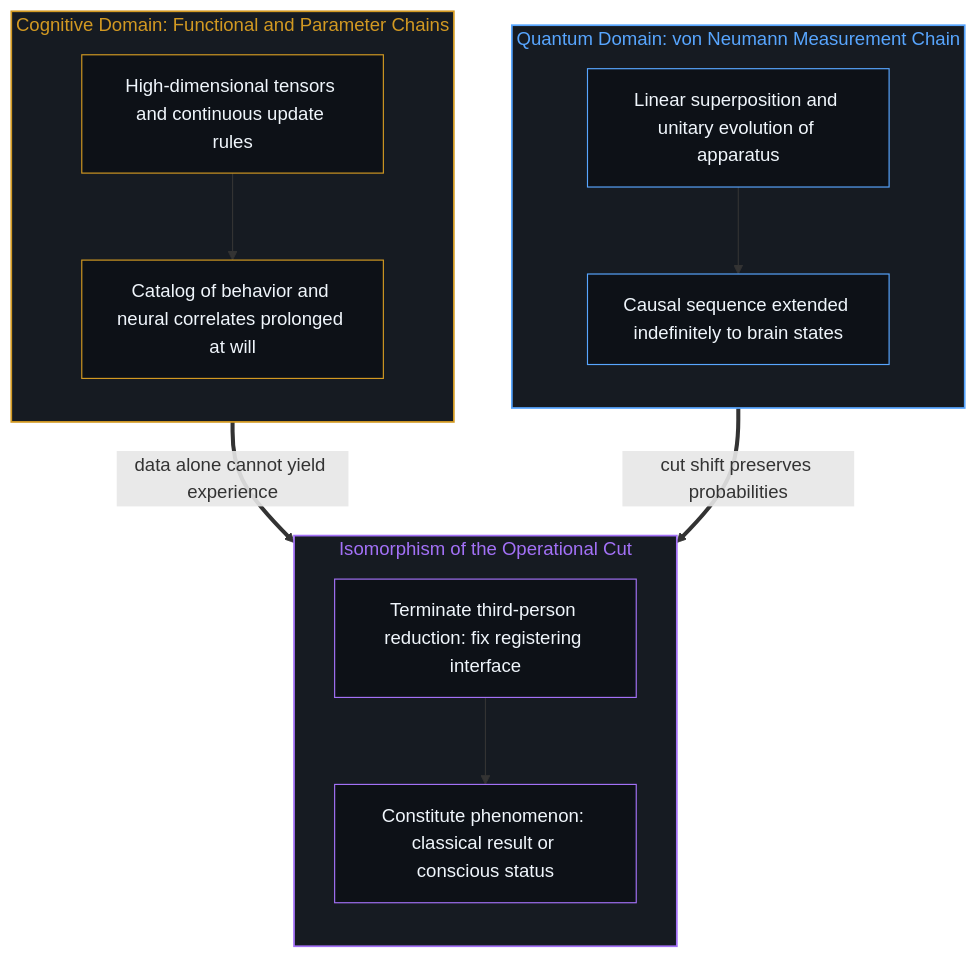
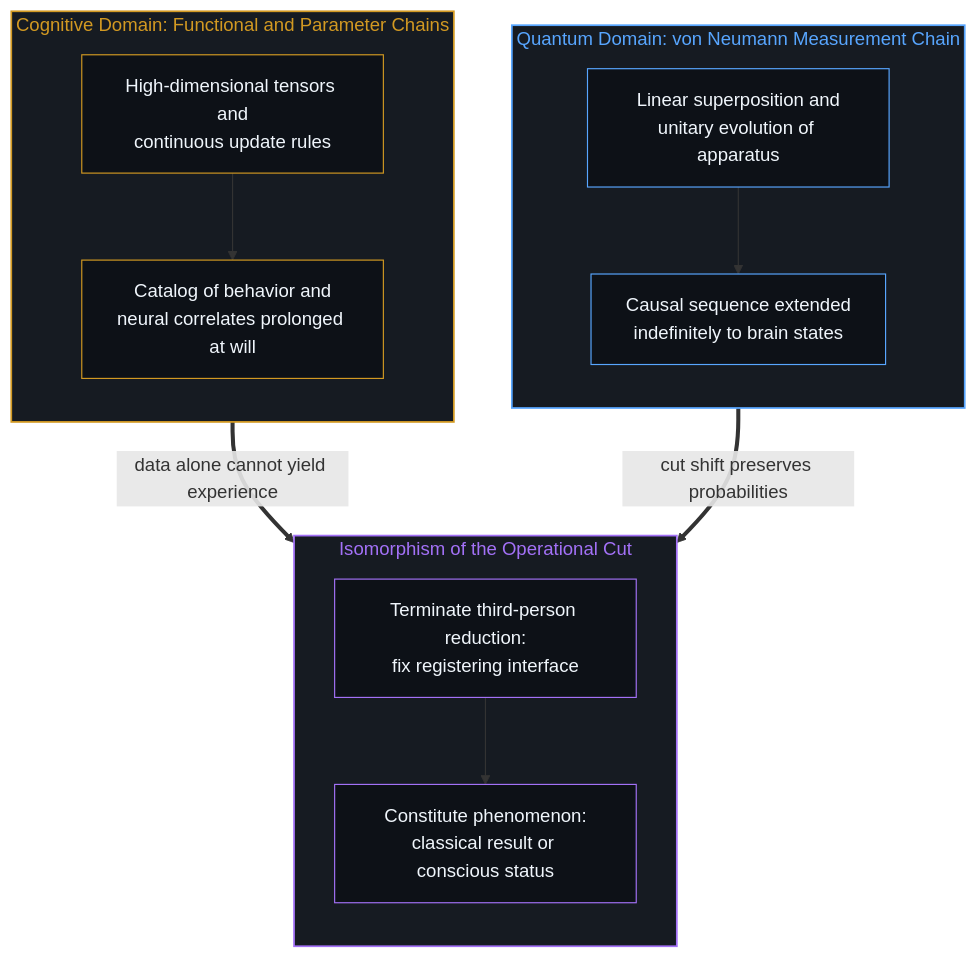
Before and after one commit to powerpig99/not-a-toe: the fourth of 8 diagrams in content/posts/consciousness-ascription-and-the-quantum-cut.md, drawn with Mermaid. The commit also changed other lines of this file and 2 other files, not shown here.

````diff
--- a/content/posts/consciousness-ascription-and-the-quantum-cut.md
+++ b/content/posts/consciousness-ascription-and-the-quantum-cut.md
@@ -121,35 +121,35 @@
 ```mermaid
 flowchart TD
     subgraph S_QUANTUM_EN ["Quantum Domain: von Neumann Measurement Chain"]
         direction TB
         style S_QUANTUM_EN fill:#161b22,stroke:#58a6ff,stroke-width:1.5px,color:#58a6ff
-        Q_Super["Linear superposition and unitary evolution of apparatus"]
-        Q_Chain["Causal sequence extended indefinitely to brain states"]
+        Q_Super["Linear superposition and<br/>unitary evolution of apparatus"]
+        Q_Chain["Causal sequence extended<br/>indefinitely to brain states"]
         Q_Super --> Q_Chain
         style Q_Super fill:#0d1117,stroke:#58a6ff,stroke-width:1px,color:#f0f6fc
         style Q_Chain fill:#0d1117,stroke:#58a6ff,stroke-width:1px,color:#f0f6fc
     end
 
     subgraph S_COGNITION_EN ["Cognitive Domain: Functional and Parameter Chains"]
         direction TB
         style S_COGNITION_EN fill:#161b22,stroke:#d29922,stroke-width:1.5px,color:#d29922
-        M_Weights["High-dimensional tensors and continuous update rules"]
-        M_Chain["Catalog of behavior and neural correlates prolonged at will"]
+        M_Weights["High-dimensional tensors and<br/>continuous update rules"]
+        M_Chain["Catalog of behavior and<br/>neural correlates prolonged at will"]
         M_Weights --> M_Chain
         style M_Weights fill:#0d1117,stroke:#d29922,stroke-width:1px,color:#f0f6fc
         style M_Chain fill:#0d1117,stroke:#d29922,stroke-width:1px,color:#f0f6fc
     end
 
     subgraph S_ISO_EN ["Isomorphism of the Operational Cut"]
         direction TB
         style S_ISO_EN fill:#161b22,stroke:#a371f7,stroke-width:1.5px,color:#a371f7
-        I_Action["Terminate third-person reduction: fix registering interface"]
-        I_Fact["Constitute phenomenon: classical result or conscious status"]
+        I_Action["Terminate third-person reduction:<br/>fix registering interface"]
+        I_Fact["Constitute phenomenon:<br/>classical result or conscious status"]
         I_Action --> I_Fact
         style I_Action fill:#0d1117,stroke:#a371f7,stroke-width:1px,color:#f0f6fc
         style I_Fact fill:#0d1117,stroke:#a371f7,stroke-width:1px,color:#f0f6fc
     end
 
     Q_Chain ==>|"cut shift preserves probabilities"| I_Action
     M_Chain ==>|"data alone cannot yield experience"| I_Action
 ```
````
